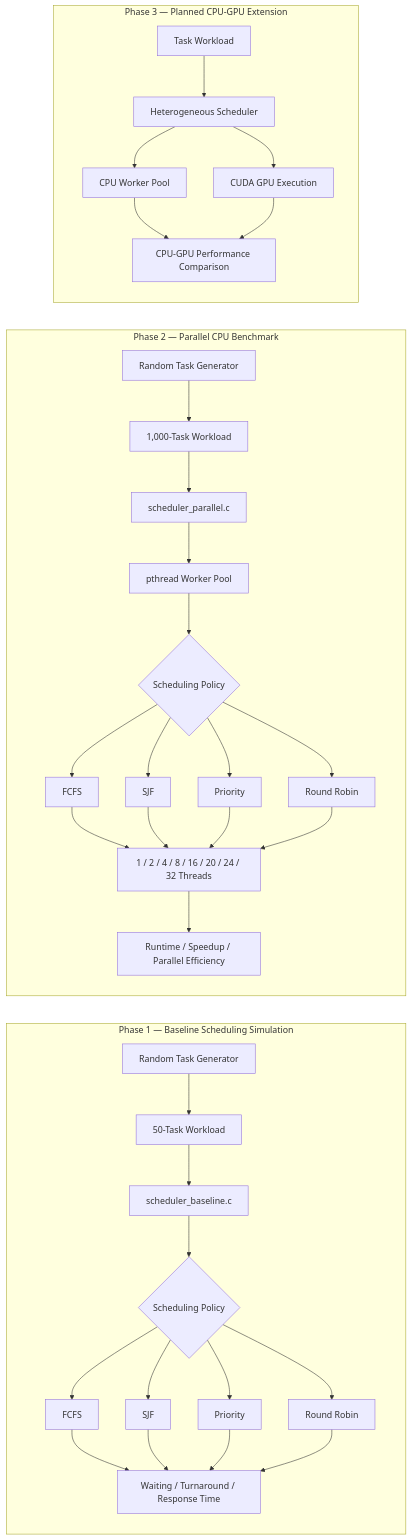
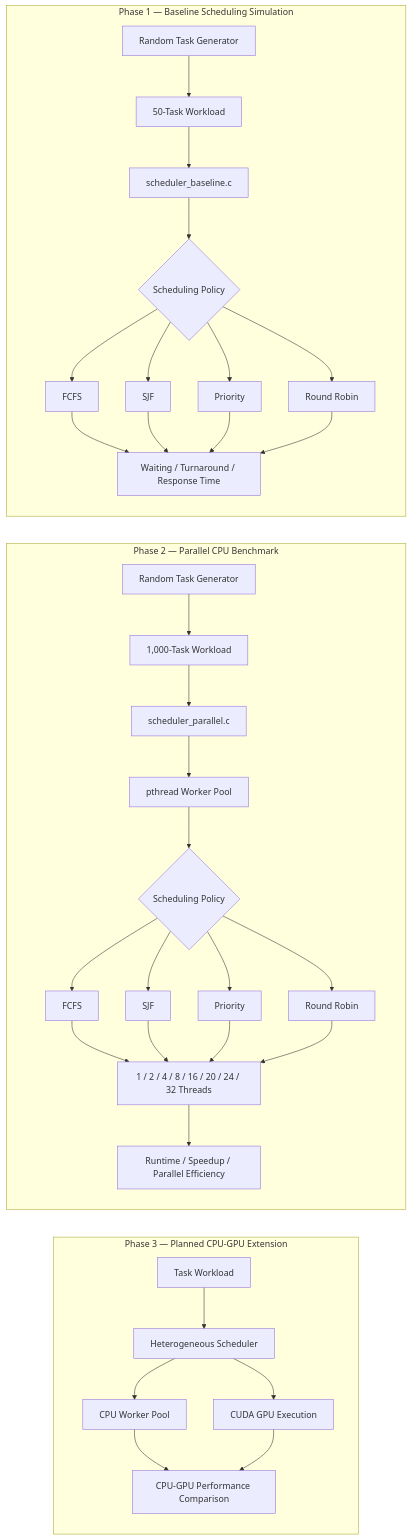
The diagram in README.md (HoiChunWat/CPU-GPU-Scheduling-Simulator), drawn with Mermaid before and after one commit.

````diff
--- a/README.md
+++ b/README.md
@@ -29,40 +29,52 @@
 ```mermaid
 flowchart LR
+
+    subgraph P3["Phase 3 — Planned CPU-GPU Extension"]
+        C1["Task Workload"] --> C2["Heterogeneous Scheduler"]
+
+        C2 --> C3["CPU Worker Pool"]
+        C2 --> C4["CUDA GPU Execution"]
+
+        C3 --> C5["CPU-GPU Performance Comparison"]
+        C4 --> C5
+    end
+
+
+    subgraph P2["Phase 2 — Parallel CPU Benchmark"]
+        B1["Random Task Generator"] --> B2["1,000-Task Workload"]
+
+        B2 --> B3["scheduler_parallel.c"]
+        B3 --> B4["pthread Worker Pool"]
+        B4 --> B5{"Scheduling Policy"}
+
+        B5 --> B6["FCFS"]
+        B5 --> B7["SJF"]
+        B5 --> B8["Priority"]
+        B5 --> B9["Round Robin"]
+
+        B6 --> B10["1 / 2 / 4 / 8 / 16 / 20 / 24 / 32 Threads"]
+        B7 --> B10
+        B8 --> B10
+        B9 --> B10
+
+        B10 --> B11["Runtime / Speedup / Parallel Efficiency"]
+    end
+
+
     subgraph P1["Phase 1 — Baseline Scheduling Simulation"]
         A1["Random Task Generator"] --> A2["50-Task Workload"]
+
         A2 --> A3["scheduler_baseline.c"]
         A3 --> A4{"Scheduling Policy"}
+
         A4 --> A5["FCFS"]
         A4 --> A6["SJF"]
         A4 --> A7["Priority"]
         A4 --> A8["Round Robin"]
+
         A5 --> A9["Waiting / Turnaround / Response Time"]
         A6 --> A9
         A7 --> A9
         A8 --> A9
     end
-
-    subgraph P2["Phase 2 — Parallel CPU Benchmark"]
-        B1["Random Task Generator"] --> B2["1,000-Task Workload"]
-        B2 --> B3["scheduler_parallel.c"]
-        B3 --> B4["pthread Worker Pool"]
-        B4 --> B5{"Scheduling Policy"}
-        B5 --> B6["FCFS"]
-        B5 --> B7["SJF"]
-        B5 --> B8["Priority"]
-        B5 --> B9["Round Robin"]
-        B6 --> B10["1 / 2 / 4 / 8 / 16 / 20 / 24 / 32 Threads"]
-        B7 --> B10
-        B8 --> B10
-        B9 --> B10
-        B10 --> B11["Runtime / Speedup / Parallel Efficiency"]
-    end
-
-    subgraph P3["Phase 3 — Planned CPU-GPU Extension"]
-        C1["Task Workload"] --> C2["Heterogeneous Scheduler"]
-        C2 --> C3["CPU Worker Pool"]
-        C2 --> C4["CUDA GPU Execution"]
-        C3 --> C5["CPU-GPU Performance Comparison"]
-        C4 --> C5
-    end
 ```
````
